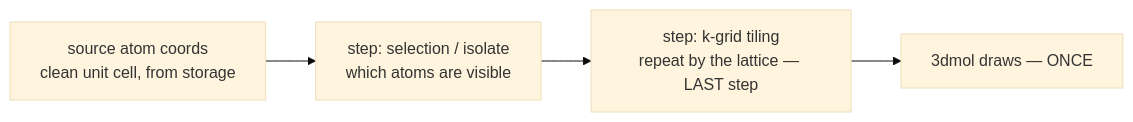
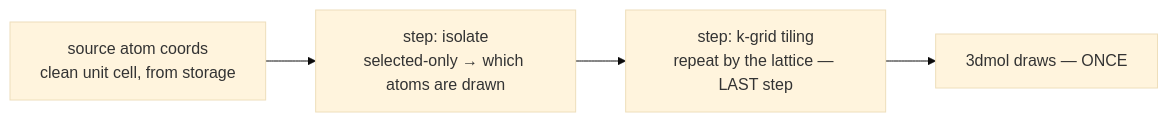
Before and after one commit to Qing-LAB/molbuilder: the second of 6 diagrams in docs/protocols/molview-module.md, drawn with Mermaid (base theme). The commit also changed other lines of this file, not shown here.

First line of the commit message:
docs: molview §13-§17 consistency pass -- kill the isolate-overlay contradiction, add diagrams

````diff
--- a/docs/protocols/molview-module.md
+++ b/docs/protocols/molview-module.md
@@ -54,8 +54,8 @@
 ```mermaid
 flowchart LR
     SRC["source atom coords<br/>clean unit cell, from storage"]
-    SEL["step: selection / isolate<br/>which atoms are visible"]
+    SEL["step: isolate<br/>selected-only → which atoms are drawn"]
     KG["step: k-grid tiling<br/>repeat by the lattice — LAST step"]
     DRAW["3dmol draws — ONCE"]
     SRC --> SEL --> KG --> DRAW
 ```
````
